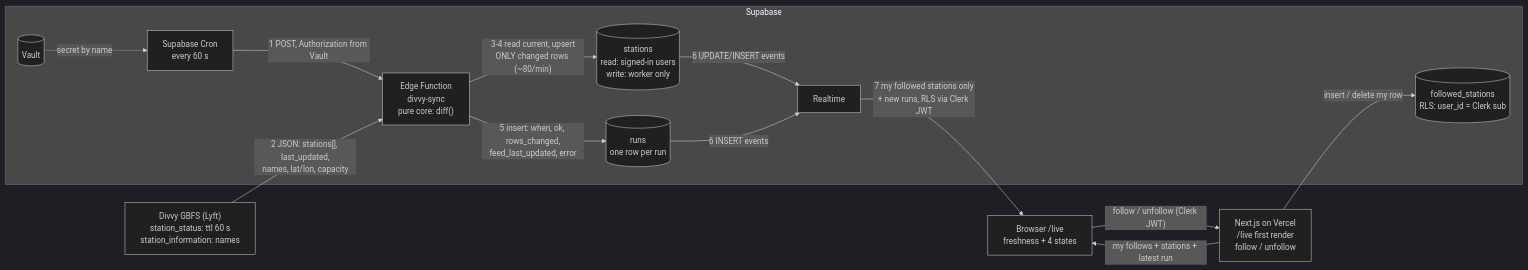
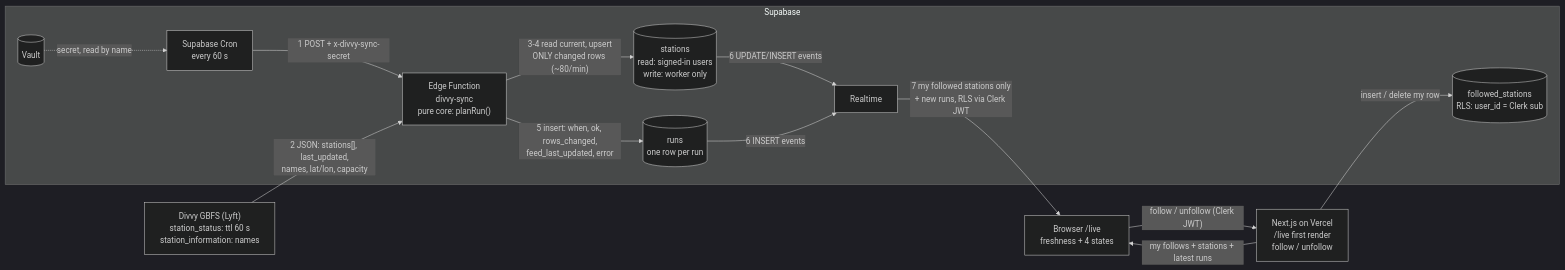
One commit to araufnasir/mpcs-51238-assignment-5 changed the diagram in README.md. Above: the diagram before and after it, drawn with Mermaid (dark theme). The commit also changed other lines of this file, not shown here.

First line of the commit message:
README: document the live Divvy system

````diff
--- a/README.md
+++ b/README.md
@@ -13,29 +9,29 @@
 ```mermaid
 flowchart LR
     DIVVY["Divvy GBFS (Lyft)<br/>station_status: ttl 60 s<br/>station_information: names"]
 
     subgraph Supabase
         VAULT[("Vault")]
         CRON["Supabase Cron<br/>every 60 s"]
-        EF["Edge Function<br/>divvy-sync<br/>pure core: diff()"]
+        EF["Edge Function<br/>divvy-sync<br/>pure core: planRun()"]
         ST[("stations<br/>read: signed-in users<br/>write: worker only")]
         RUNS[("runs<br/>one row per run")]
         FOL[("followed_stations<br/>RLS: user_id = Clerk sub")]
         RT["Realtime"]
     end
 
     NX["Next.js on Vercel<br/>/live first render<br/>follow / unfollow"]
     BR["Browser /live<br/>freshness + 4 states"]
 
-    VAULT -. "secret by name" .-> CRON
-    CRON -- "1 POST, Authorization from Vault" --> EF
+    VAULT -. "secret, read by name" .-> CRON
+    CRON -- "1 POST + x-divvy-sync-secret" --> EF
     DIVVY -- "2 JSON: stations[], last_updated,<br/>names, lat/lon, capacity" --> EF
     EF -- "3-4 read current, upsert<br/>ONLY changed rows (~80/min)" --> ST
     EF -- "5 insert: when, ok, rows_changed,<br/>feed_last_updated, error" --> RUNS
     ST -- "6 UPDATE/INSERT events" --> RT
     RUNS -- "6 INSERT events" --> RT
     RT -- "7 my followed stations only<br/>+ new runs, RLS via Clerk JWT" --> BR
     BR -- "follow / unfollow (Clerk JWT)" --> NX
     NX -- "insert / delete my row" --> FOL
-    NX -- "my follows + stations + latest run" --> BR
+    NX -- "my follows + stations + latest runs" --> BR
 ```
````
